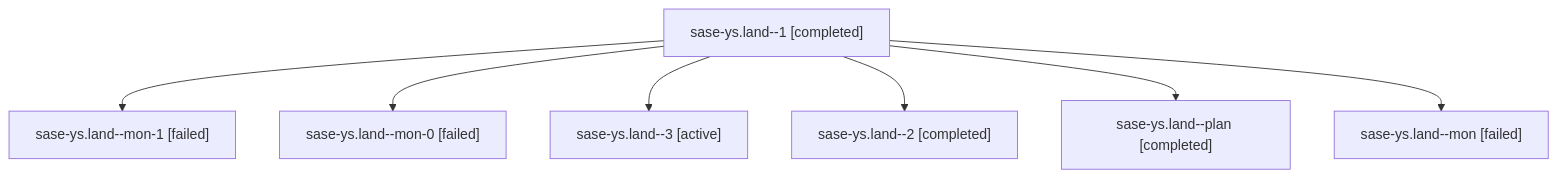
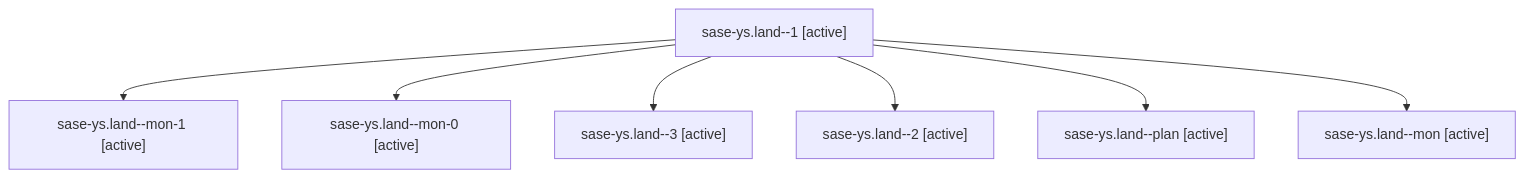
The diagram in families/bbugyi200.athena.sase-ys.land.md (sase-org/sase--agents), drawn with Mermaid before and after one commit. The commit also changed other lines of this file and 35830 other files, not shown here.

````diff
--- a/families/bbugyi200.athena.sase-ys.land.md
+++ b/families/bbugyi200.athena.sase-ys.land.md
@@ -9,16 +9,16 @@
 ```mermaid
 flowchart TD
-  n0["sase-ys.land--1 [completed]"]
-  n1["sase-ys.land--mon-1 [failed]"]
+  n0["sase-ys.land--1 [active]"]
+  n1["sase-ys.land--mon-1 [active]"]
   n0 --> n1
-  n2["sase-ys.land--mon-0 [failed]"]
+  n2["sase-ys.land--mon-0 [active]"]
   n0 --> n2
   n3["sase-ys.land--3 [active]"]
   n0 --> n3
-  n4["sase-ys.land--2 [completed]"]
+  n4["sase-ys.land--2 [active]"]
   n0 --> n4
-  n5["sase-ys.land--plan [completed]"]
+  n5["sase-ys.land--plan [active]"]
   n0 --> n5
-  n6["sase-ys.land--mon [failed]"]
+  n6["sase-ys.land--mon [active]"]
   n0 --> n6
 ```
````
